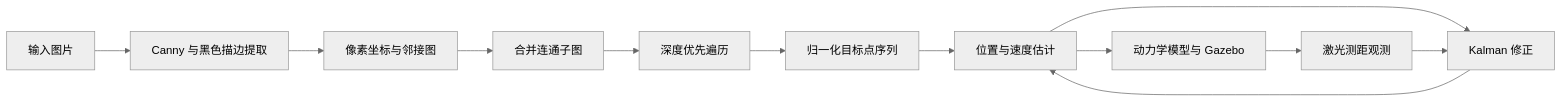
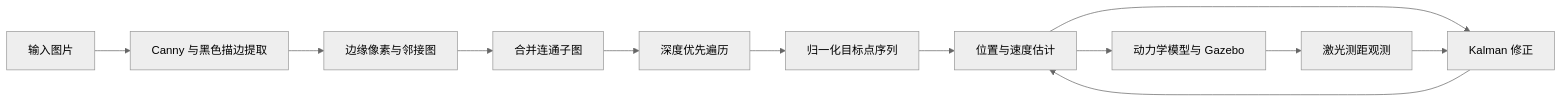
One commit to YZDing-ShanghaiCN/ROS-Class_Dev changed the diagram in README.md. Above: the diagram before and after it, drawn with Mermaid (neutral theme). The commit also changed other lines of this file, not shown here.

````diff
--- a/README.md
+++ b/README.md
@@ -31,14 +29,14 @@
 ```mermaid
 flowchart LR
     A[输入图片] --> B[Canny 与黑色描边提取]
-    B --> C[像素坐标与邻接图]
+    B --> C[边缘像素与邻接图]
     C --> D[合并连通子图]
     D --> E[深度优先遍历]
     E --> F[归一化目标点序列]
     F --> G[位置/速度双闭环 PID]
     G --> H[动力学模型与 Gazebo]
     H --> I[激光测距观测]
     G --> J[Kalman 预测]
     I --> J[Kalman 修正]
     J --> G[位置与速度估计]
 ```
````
